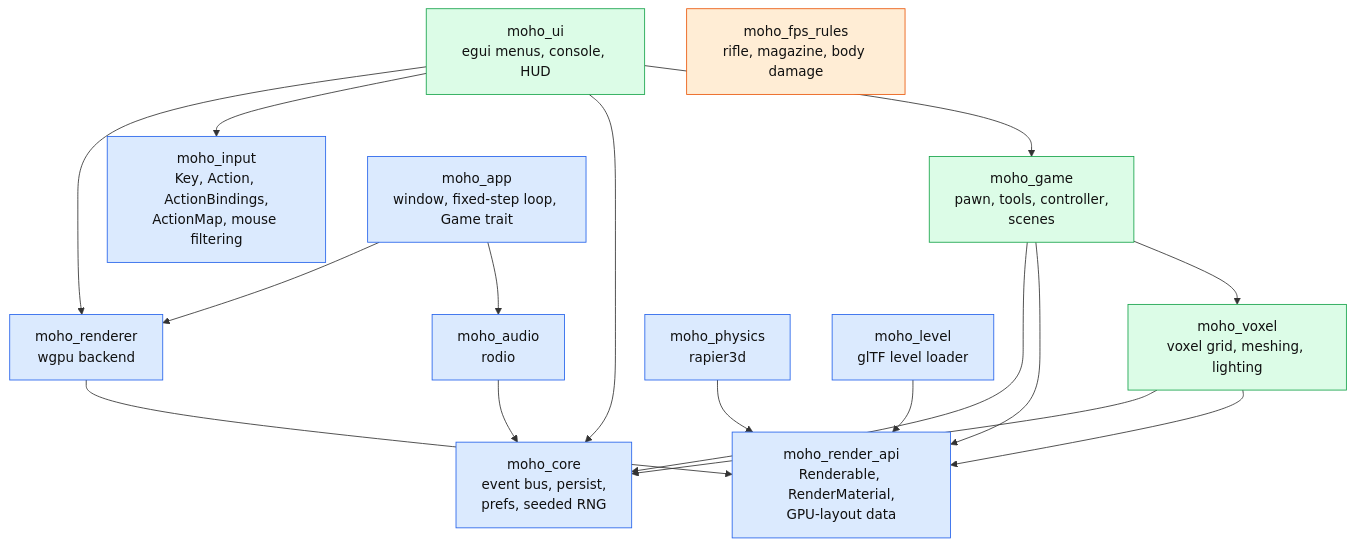
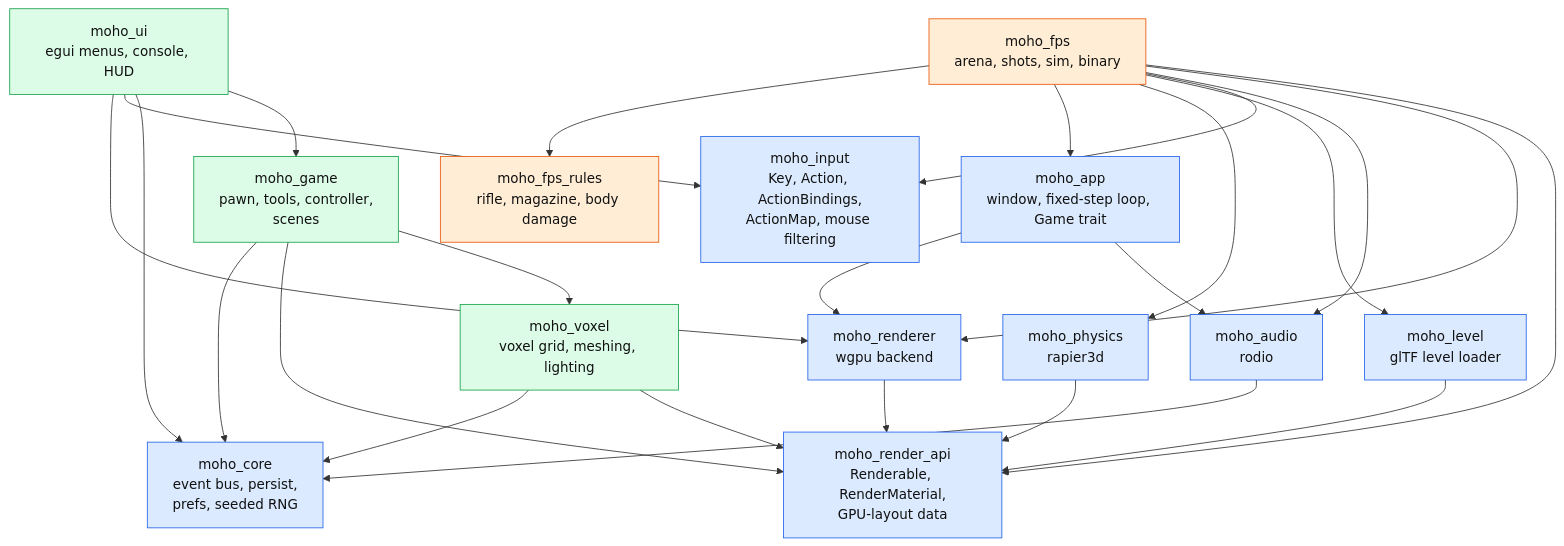
The first of 3 diagrams in wiki/architecture/overview.md (WrackedFella/moho), drawn with Mermaid before and after one commit. The commit also changed other lines of this file and 23 other files, not shown here.

First line of the commit message:
feat(moho_fps): fire the rifle at targets in a generated arena (FPS-F2-01) (#358)

````diff
--- a/wiki/architecture/overview.md
+++ b/wiki/architecture/overview.md
@@ -17,29 +17,31 @@
 ```mermaid
 flowchart TD
     ui["moho_ui<br/>egui menus, console, HUD"]:::strategy
     game["moho_game<br/>pawn, tools, controller,<br/>scenes"]:::strategy
     voxel["moho_voxel<br/>voxel grid, meshing, lighting"]:::strategy
 
     renderer["moho_renderer<br/>wgpu backend"]:::engine
     rapi["moho_render_api<br/>Renderable, RenderMaterial,<br/>GPU-layout data"]:::engine
     core["moho_core<br/>event bus, persist,<br/>prefs, seeded RNG"]:::engine
     audio["moho_audio<br/>rodio"]:::engine
     physics["moho_physics<br/>rapier3d"]:::engine
     input["moho_input<br/>Key, Action, ActionBindings,<br/>ActionMap, mouse filtering"]:::engine
     app["moho_app<br/>window, fixed-step loop, Game trait"]:::engine
     level["moho_level<br/>glTF level loader"]:::engine
     fps["moho_fps_rules<br/>rifle, magazine, body damage"]:::fps
+    fpsgame["moho_fps<br/>arena, shots, sim, binary"]:::fps
 
     ui --> renderer & input & core & game
     game --> core & rapi & voxel
     voxel --> core & rapi
     renderer --> rapi
     app --> renderer & audio
     audio --> core
     physics --> rapi
     level --> rapi
+    fpsgame --> fps & app & physics & level & input & audio & renderer & rapi
 
     classDef engine fill:#dbeafe,stroke:#2563eb,color:#111
     classDef strategy fill:#dcfce7,stroke:#16a34a,color:#111
     classDef fps fill:#ffedd5,stroke:#ea580c,color:#111
 ```
````
